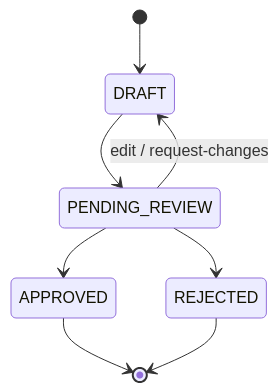
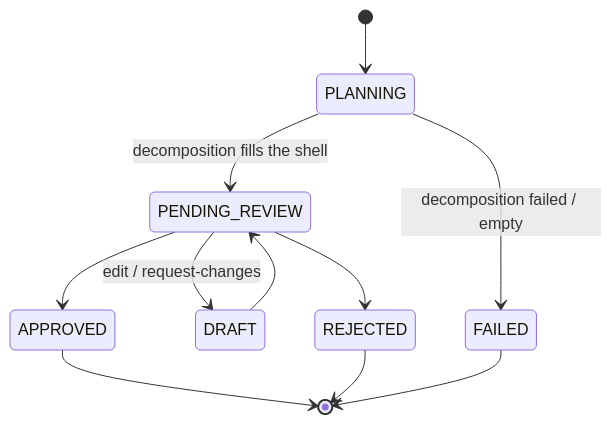
One commit to Aureliolo/synthorg changed the diagram in docs/design/plan-review.md. Above: the diagram before and after it, drawn with Mermaid. The commit also changed other lines of this file and 59 other files, not shown here.

First line of the commit message:
fix: harden charter-to-plan dispatch against decomposition failures

````diff
--- a/docs/design/plan-review.md
+++ b/docs/design/plan-review.md
@@ -74,10 +74,13 @@
 ```mermaid
 stateDiagram-v2
-    [*] --> DRAFT
+    [*] --> PLANNING
+    PLANNING --> PENDING_REVIEW: decomposition fills the shell
+    PLANNING --> FAILED: decomposition failed / empty
     DRAFT --> PENDING_REVIEW
     PENDING_REVIEW --> APPROVED
     PENDING_REVIEW --> REJECTED
     PENDING_REVIEW --> DRAFT: edit / request-changes
     APPROVED --> [*]
     REJECTED --> [*]
+    FAILED --> [*]
 ```
````
